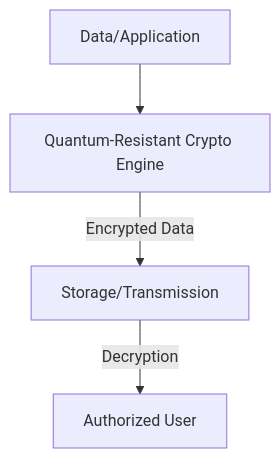
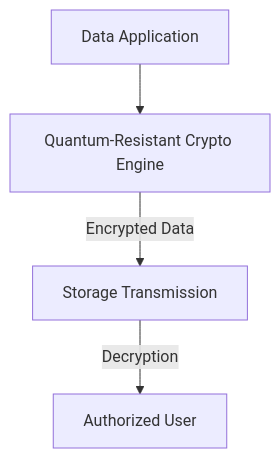
Before and after one commit to TheHaywire/special-waffle: the second of 3 diagrams in docs/architecture/emerging_tech.md, drawn with Mermaid. The commit also changed other lines of this file and 9 other files, not shown here.

Commit message:
fix(docs): systematically fix all Mermaid diagrams for compatibility and clarity across architecture and industry guides

````diff
--- a/docs/architecture/emerging_tech.md
+++ b/docs/architecture/emerging_tech.md
@@ -34,6 +34,6 @@
 ```mermaid
 flowchart TD
-    A[Data/Application] --> B[Quantum-Resistant Crypto Engine]
-    B -->|Encrypted Data| C[Storage/Transmission]
+    A[Data Application] --> B[Quantum-Resistant Crypto Engine]
+    B -->|Encrypted Data| C[Storage Transmission]
     C -->|Decryption| D[Authorized User]
 ```
````
